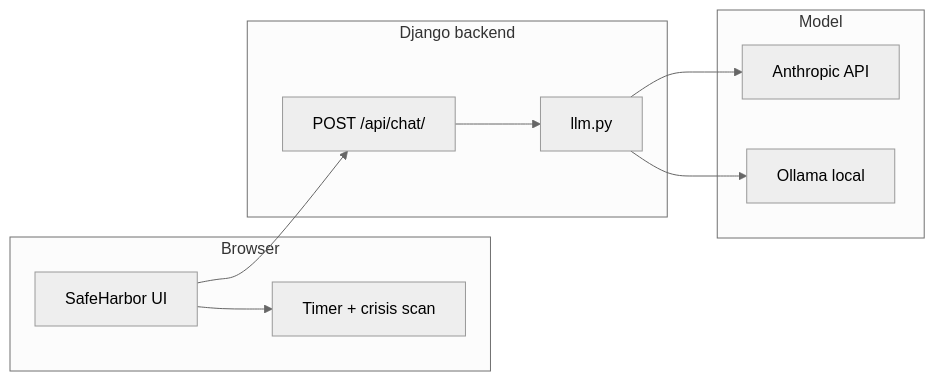
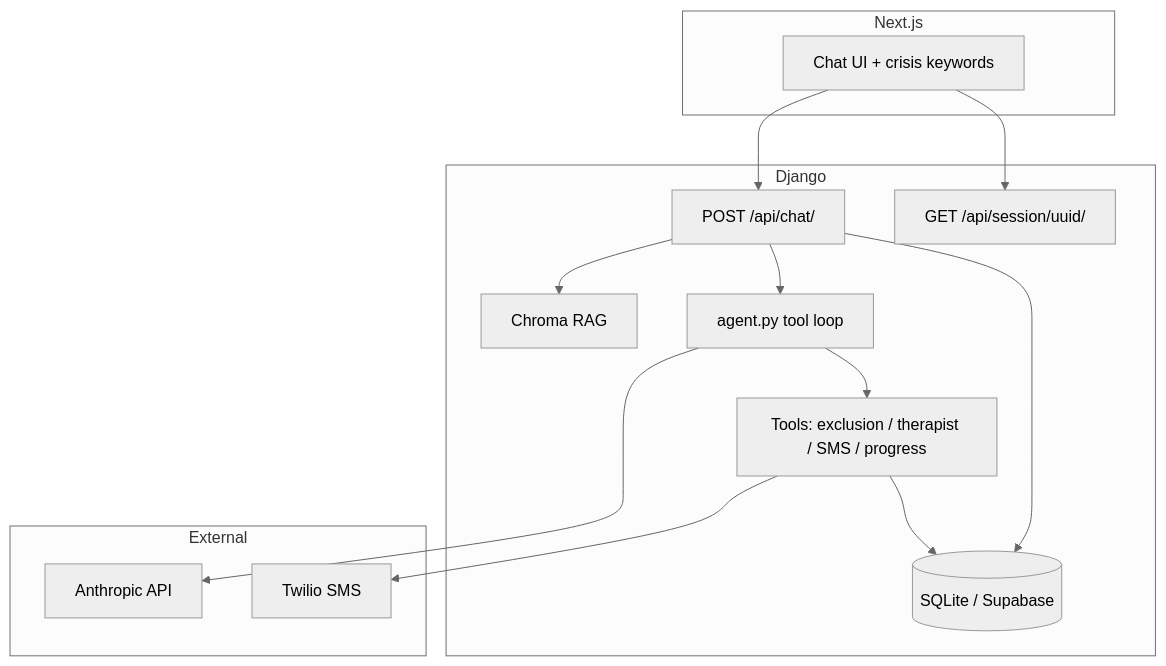
One commit to JithinJohn-vj/Safeharbor changed the diagram in README.md. Above: the diagram before and after it, drawn with Mermaid (neutral theme). The commit also changed other lines of this file and 19 other files, not shown here.

First line of the commit message:
Add agentic layer: DB memory, Anthropic tools, RAG (Chroma), session API, nudge command

````diff
--- a/README.md
+++ b/README.md
@@ -9,20 +9,27 @@
 ```mermaid
-flowchart LR
-  subgraph client [Browser]
-    UI[SafeHarbor UI]
-    Loop[Timer + crisis scan]
+flowchart TB
+  subgraph fe [Next.js]
+    UI[Chat UI + crisis keywords]
   end
-  subgraph django [Django backend]
-    API["POST /api/chat/"]
-    LLM[llm.py]
+  subgraph api [Django]
+    CHAT[POST /api/chat/]
+    SESS[GET /api/session/uuid/]
+    MEM[(SQLite / Supabase)]
+    RAG[Chroma RAG]
+    TOOLS[Tools: exclusion / therapist / SMS / progress]
+    AGENT[agent.py tool loop]
   end
-  subgraph models [Model]
-    Claude[Anthropic API]
-    Oll[Ollama local]
+  subgraph ext [External]
+    AN[Anthropic API]
+    TW[Twilio SMS]
   end
-  UI --> Loop
-  UI --> API
-  API --> LLM
-  LLM --> Claude
-  LLM --> Oll
+  UI --> CHAT
+  UI --> SESS
+  CHAT --> MEM
+  CHAT --> RAG
+  CHAT --> AGENT
+  AGENT --> TOOLS
+  AGENT --> AN
+  TOOLS --> MEM
+  TOOLS --> TW
 ```
````
